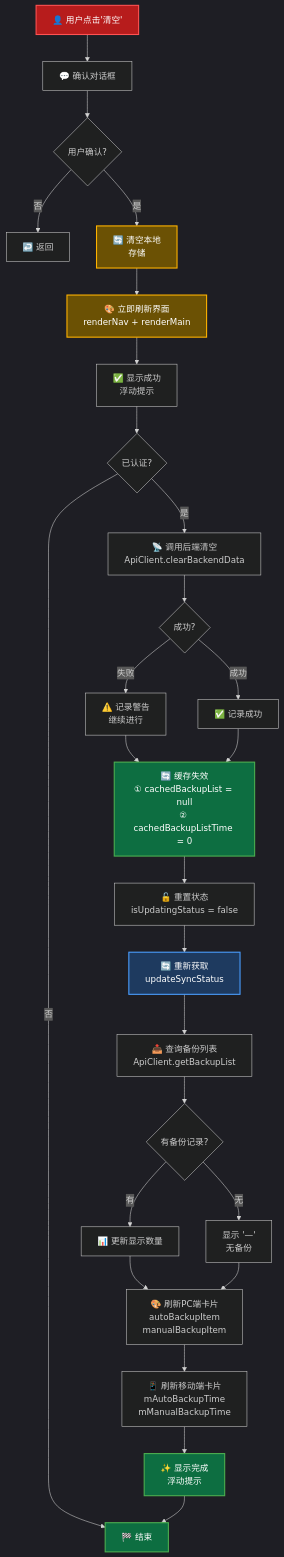
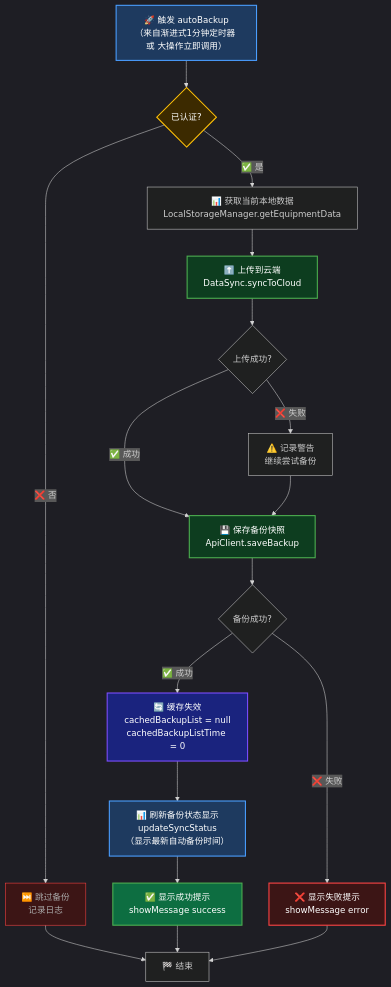
The fourth of 4 diagrams in doc/FLOWCHART_DIAGRAMS.md (Fuck996/yanyu_tools), drawn with Mermaid before and after one commit. The commit also changed other lines of this file, not shown here.

Commit message:
流程图重构：事件驱动数据变化检测替代轮询，统一备份触发策略，移除清空专用图

````diff
--- a/doc/FLOWCHART_DIAGRAMS.md
+++ b/doc/FLOWCHART_DIAGRAMS.md
@@ -207,45 +185,38 @@
 ```mermaid
 %%{init: {'theme':'dark'}}%%
 graph TD
-    A["👤 用户点击'清空'"] --> B["💬 确认对话框"]
-    B --> C{用户确认?}
-    C -->|否| D["↩️ 返回"]
-    
-    C -->|是| E["🔄 清空本地<br/>存储"]
-    E --> F["🎨 立即刷新界面<br/>renderNav + renderMain"]
-    F --> G["✅ 显示成功<br/>浮动提示"]
-    
-    G --> H{已认证?}
-    H -->|否| I["🏁 结束"]
-    
-    H -->|是| J["📡 调用后端清空<br/>ApiClient.clearBackendData"]
-    J --> K{成功?}
-    K -->|失败| L["⚠️ 记录警告<br/>继续进行"]
-    K -->|成功| M["✅ 记录成功"]
-    
-    L --> N["🔄 缓存失效<br/>① cachedBackupList = null<br/>② cachedBackupListTime = 0"]
-    M --> N
-    
-    N --> O["🔓 重置状态<br/>isUpdatingStatus = false"]
-    O --> P["🔄 重新获取<br/>updateSyncStatus"]
-    P --> Q["📥 查询备份列表<br/>ApiClient.getBackupList"]
-    
-    Q --> R{有备份记录?}
-    R -->|有| S["📊 更新显示数量"]
-    R -->|无| T["显示 '—'<br/>无备份"]
-    
-    S --> U["🎨 刷新PC端卡片<br/>autoBackupItem<br/>manualBackupItem"]
-    T --> U
-    
-    U --> V["📱 刷新移动端卡片<br/>mAutoBackupTime<br/>mManualBackupTime"]
-    V --> W["✨ 显示完成<br/>浮动提示"]
-    W --> I
-    
-    style A fill:#b71c1c,stroke:#ff5252,stroke-width:2px,color:#fff
-    style E fill:#6b5104,stroke:#ffb300,stroke-width:2px,color:#fff
-    style F fill:#6b5104,stroke:#ffb300,stroke-width:2px,color:#fff
-    style N fill:#0d6e41,stroke:#4caf50,stroke-width:2px,color:#fff
-    style P fill:#1e3a5f,stroke:#4a9eff,stroke-width:2px,color:#fff
-    style W fill:#0d6e41,stroke:#4caf50,stroke-width:2px,color:#fff
-    style I fill:#0d6e41,stroke:#4caf50,stroke-width:2px,color:#fff
+    A["🚀 触发 autoBackup<br/>（来自渐进式1分钟定时器 或 大操作立即调用）"]
+
+    A --> AUTH{已认证?}
+    AUTH -->|"❌ 否"| SKIP["⏭️ 跳过备份<br/>记录日志"]
+    SKIP --> END["🏁 结束"]
+
+    AUTH -->|"✅ 是"| LOCAL["📊 获取当前本地数据<br/>LocalStorageManager.getEquipmentData"]
+
+    LOCAL --> SYNC["⬆️ 上传到云端<br/>DataSync.syncToCloud"]
+    SYNC --> SYNC_OK{上传成功?}
+    SYNC_OK -->|"❌ 失败"| SYNC_WARN["⚠️ 记录警告<br/>继续尝试备份"]
+    SYNC_OK -->|"✅ 成功"| SAVE
+
+    SYNC_WARN --> SAVE["💾 保存备份快照<br/>ApiClient.saveBackup"]
+
+    SAVE --> SAVE_OK{备份成功?}
+    SAVE_OK -->|"❌ 失败"| ERR["❌ 显示失败提示<br/>showMessage error"]
+    SAVE_OK -->|"✅ 成功"| INVAL["🔄 缓存失效<br/>cachedBackupList = null<br/>cachedBackupListTime = 0"]
+
+    INVAL --> STATUS["📊 刷新备份状态显示<br/>updateSyncStatus<br/>（显示最新自动备份时间）"]
+    STATUS --> OK["✅ 显示成功提示<br/>showMessage success"]
+
+    OK --> END
+    ERR --> END
+
+    style A fill:#1e3a5f,stroke:#4a9eff,stroke-width:2px,color:#fff
+    style AUTH fill:#3c2a00,stroke:#ffc107,stroke-width:2px,color:#fff
+    style SKIP fill:#3c1515,stroke:#ff4444,stroke-width:1px,color:#aaa
+    style SYNC fill:#0d3d1f,stroke:#4caf50,stroke-width:2px,color:#fff
+    style SAVE fill:#0d3d1f,stroke:#4caf50,stroke-width:2px,color:#fff
+    style INVAL fill:#1a237e,stroke:#7c4dff,stroke-width:2px,color:#fff
+    style STATUS fill:#1e3a5f,stroke:#4a9eff,stroke-width:2px,color:#fff
+    style OK fill:#0d6e41,stroke:#4caf50,stroke-width:2px,color:#fff
+    style ERR fill:#3c1515,stroke:#ff4444,stroke-width:2px,color:#fff
 ```
````
